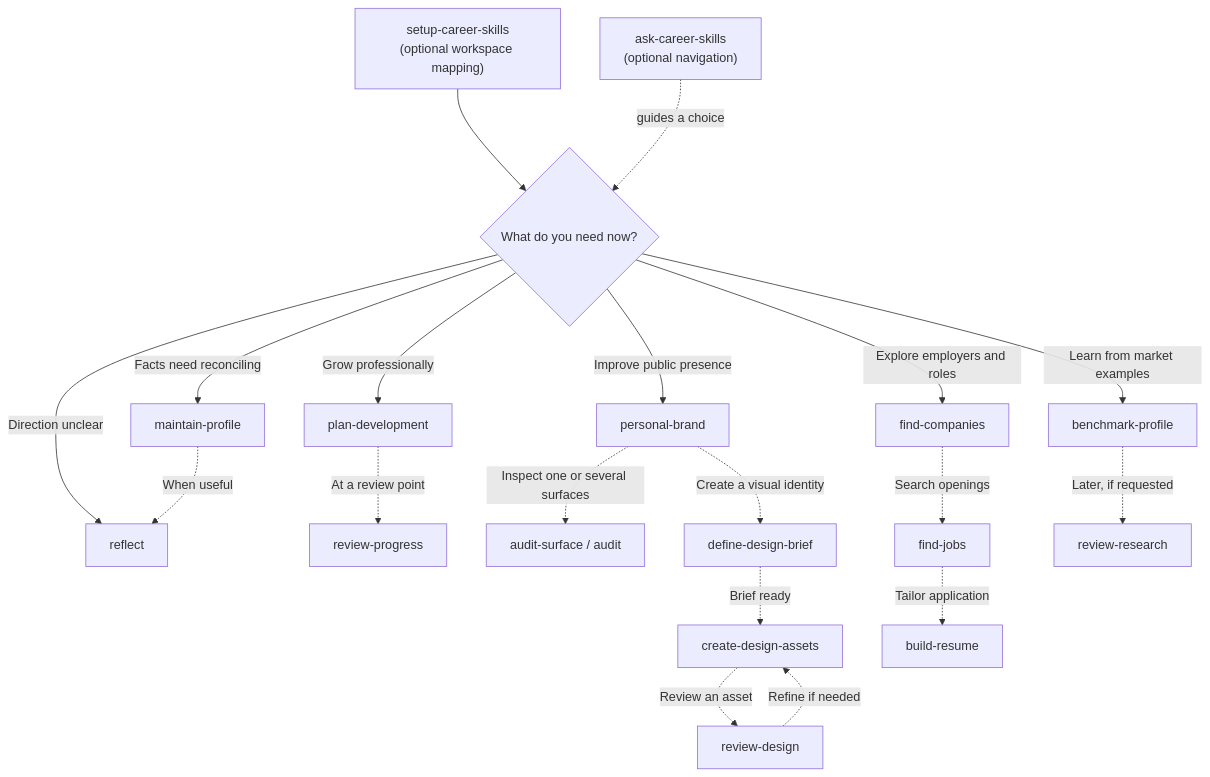
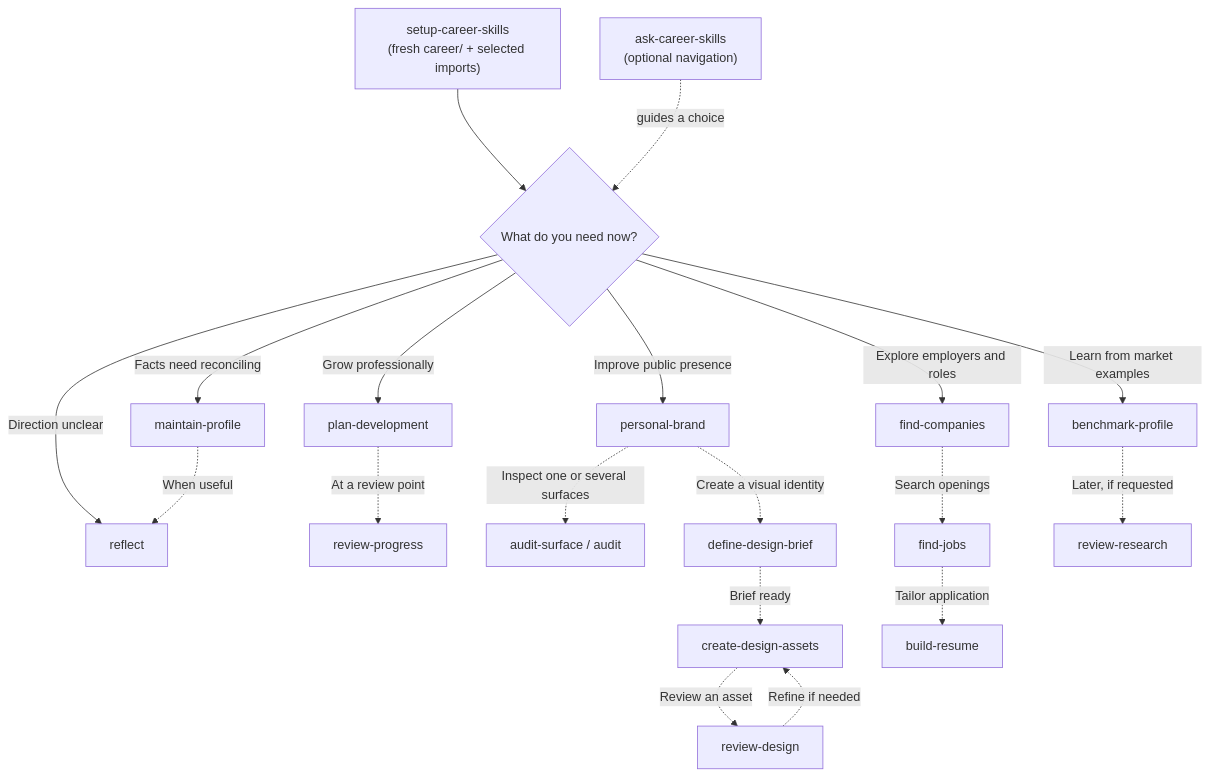
One commit to lfarci/career-skills changed the diagram in docs/USER-JOURNEY.md. Above: the diagram before and after it, drawn with Mermaid. The commit also changed other lines of this file and 4 other files, not shown here.

````diff
--- a/docs/USER-JOURNEY.md
+++ b/docs/USER-JOURNEY.md
@@ -7,21 +7,21 @@
 ```mermaid
 flowchart TD
-    S["setup-career-skills<br/>(optional workspace mapping)"] --> Q{"What do you need now?"}
+    S["setup-career-skills<br/>(fresh career/ + selected imports)"] --> Q{"What do you need now?"}
     W["ask-career-skills<br/>(optional navigation)"] -. "guides a choice" .-> Q
     Q -->|"Facts need reconciling"| P["maintain-profile"]
     Q -->|"Direction unclear"| R["reflect"]
     P -. "When useful" .-> R
     Q -->|"Grow professionally"| D["plan-development"]
     D -. "At a review point" .-> DR["review-progress"]
     Q -->|"Improve public presence"| B["personal-brand"]
     B -. "Inspect one or several surfaces" .-> A["audit-surface / audit"]
     B -. "Create a visual identity" .-> DB["define-design-brief"]
     DB -. "Brief ready" .-> DA["create-design-assets"]
     DA -. "Review an asset" .-> DV["review-design"]
     DV -. "Refine if needed" .-> DA
     Q -->|"Explore employers and roles"| C["find-companies"]
     C -. "Search openings" .-> J["find-jobs"]
     J -. "Tailor application" .-> CV["build-resume"]
     Q -->|"Learn from market examples"| BM["benchmark-profile"]
     BM -. "Later, if requested" .-> RR["review-research"]
 ```
````
